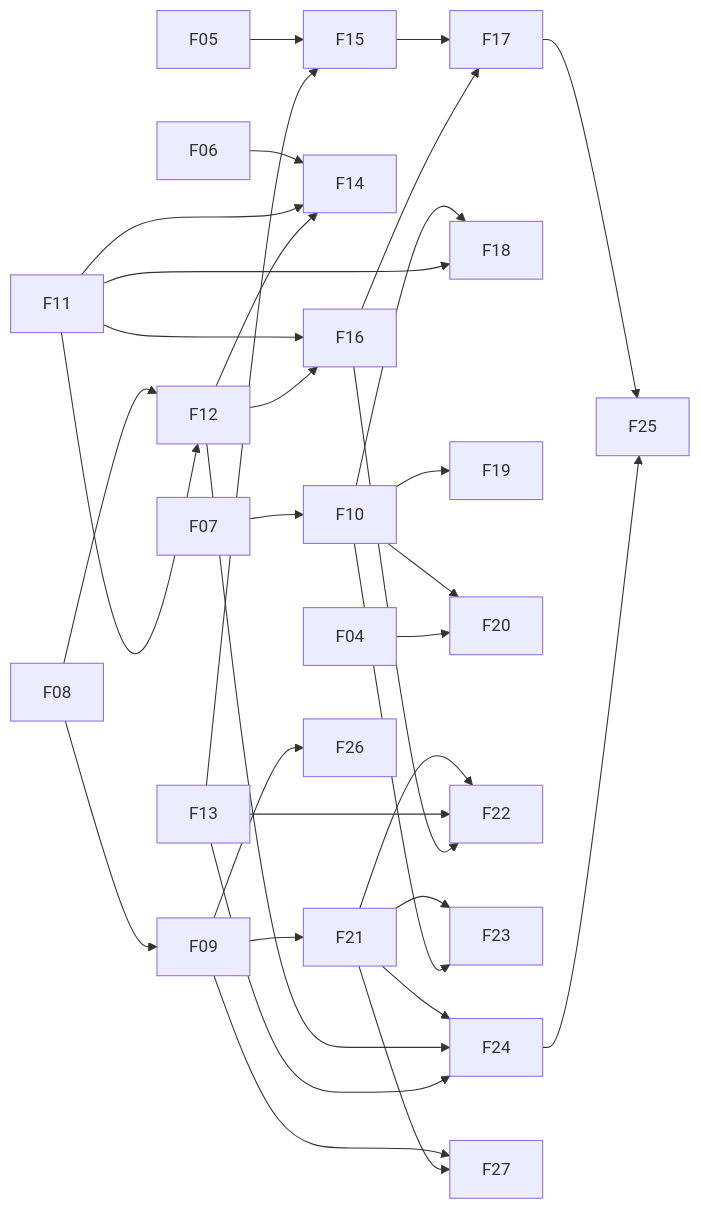
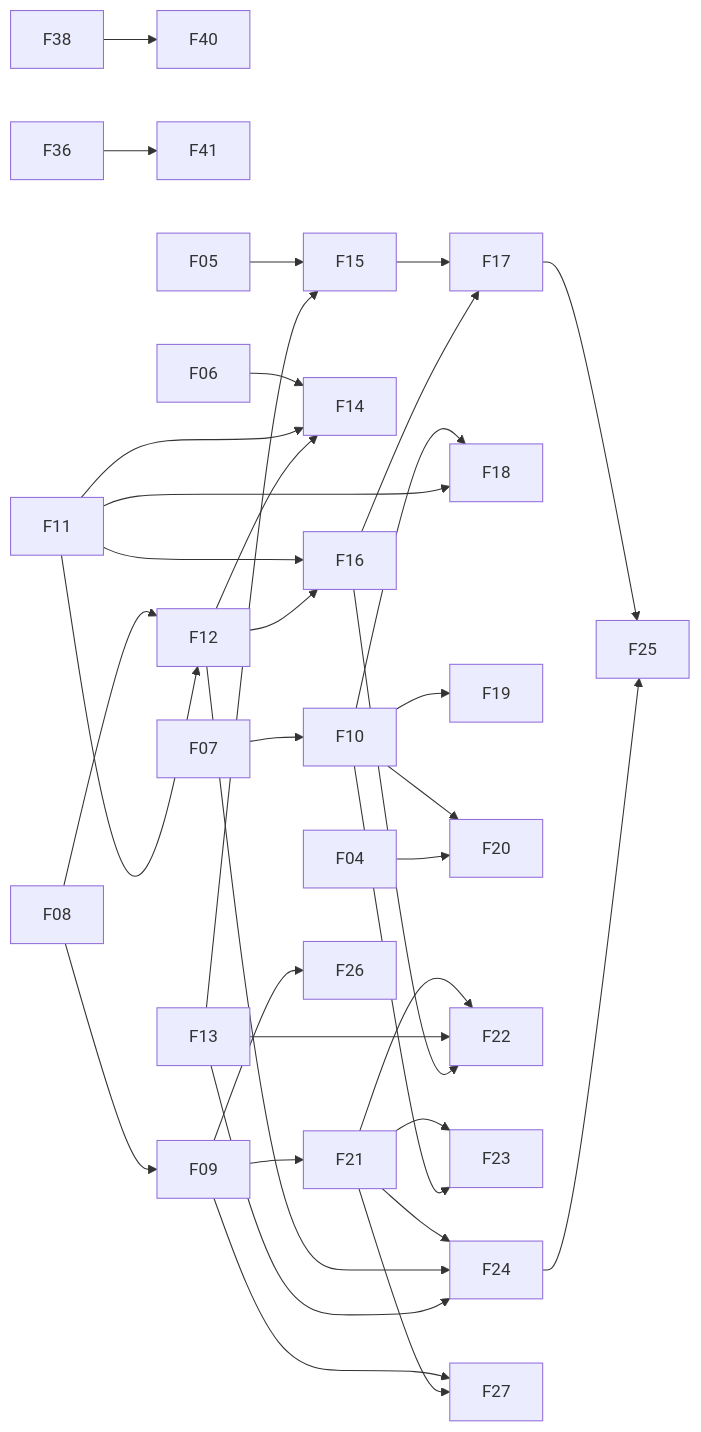
One commit to yinjunshao/lanyard changed the diagram in Lanyard-Vault/07 Roadmap/00 Master To-Do.md. Above: the diagram before and after it, drawn with Mermaid. The commit also changed other lines of this file and 2 other files, not shown here.

````diff
--- a/Lanyard-Vault/07 Roadmap/00 Master To-Do.md
+++ b/Lanyard-Vault/07 Roadmap/00 Master To-Do.md
@@ -111,35 +115,37 @@
 ```mermaid
 graph LR
+  F38 --> F40
+  F36 --> F41
   F07 --> F10
   F08 --> F09
   F08 --> F12
   F11 --> F12
   F06 --> F14
   F11 --> F14
   F12 --> F14
   F05 --> F15
   F13 --> F15
   F11 --> F16
   F12 --> F16
   F15 --> F17
   F16 --> F17
   F10 --> F18
   F11 --> F18
   F10 --> F19
   F10 --> F20
   F04 --> F20
   F09 --> F21
   F21 --> F22
   F13 --> F22
   F16 --> F22
   F21 --> F23
   F10 --> F23
   F21 --> F24
   F12 --> F24
   F13 --> F24
   F17 --> F25
   F24 --> F25
   F09 --> F26
   F09 --> F27
   F21 --> F27
 ```
````
